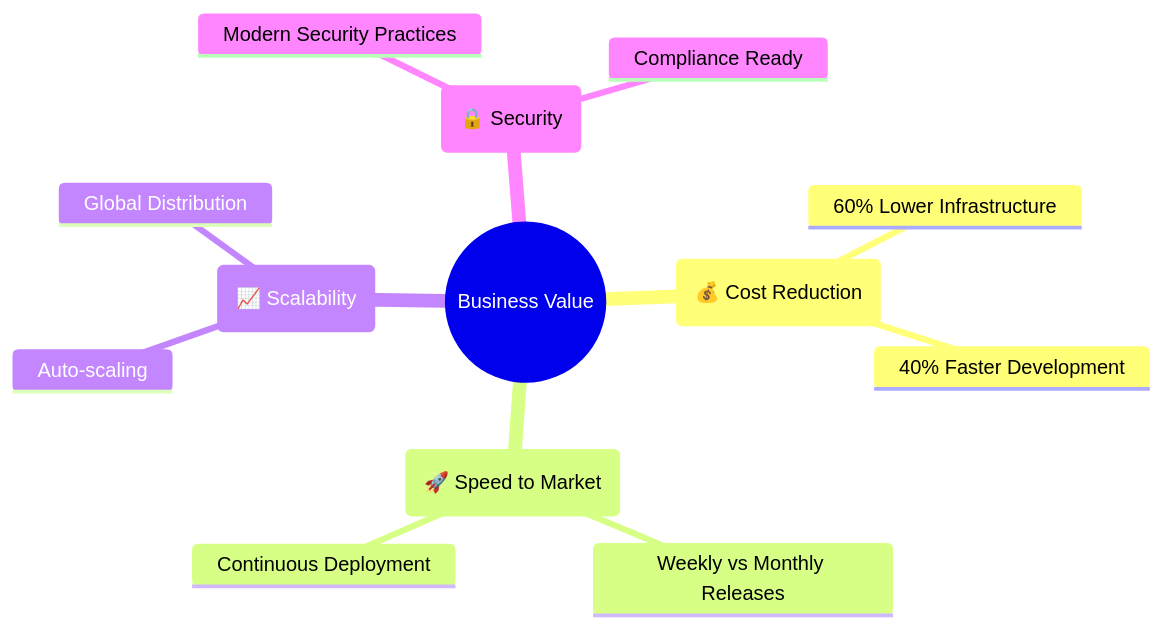
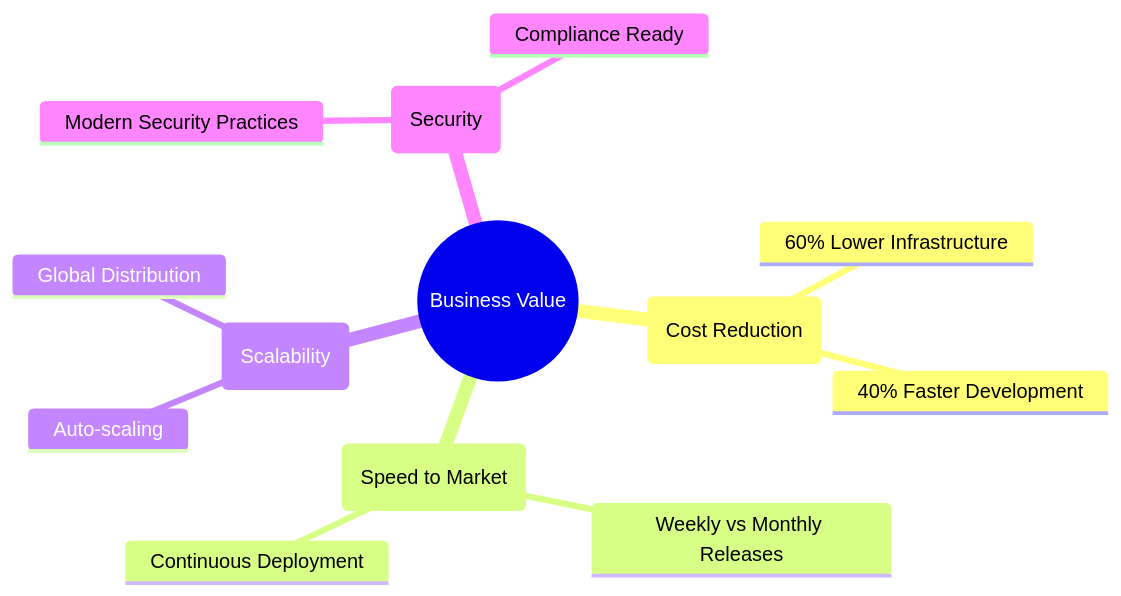
One commit to my-janala/app-modernisation-demo changed the second of 12 diagrams in SLIDES_MODERNIZATION.md. Above: the diagram before and after it, drawn with Mermaid. The commit also changed other lines of this file and 5 other files, not shown here.

````diff
--- a/SLIDES_MODERNIZATION.md
+++ b/SLIDES_MODERNIZATION.md
@@ -70,16 +70,16 @@
 ```mermaid
 mindmap
   root((Business Value))
-    (💰 Cost Reduction)
+    (Cost Reduction)
       60% Lower Infrastructure
       40% Faster Development
-    (🚀 Speed to Market)
+    (Speed to Market)
       Weekly vs Monthly Releases
       Continuous Deployment
-    (📈 Scalability)
+    (Scalability)
       Auto-scaling
       Global Distribution
-    (🔒 Security)
+    (Security)
       Modern Security Practices
       Compliance Ready
 ```
````
